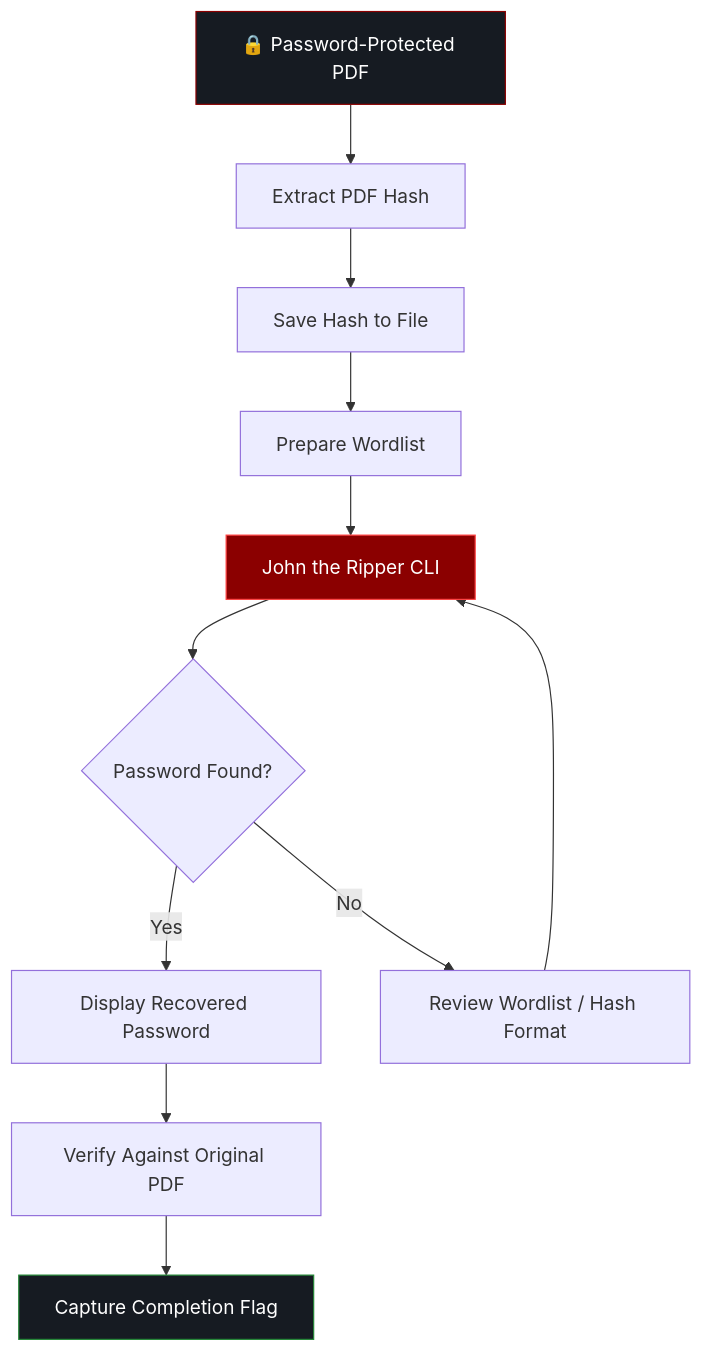
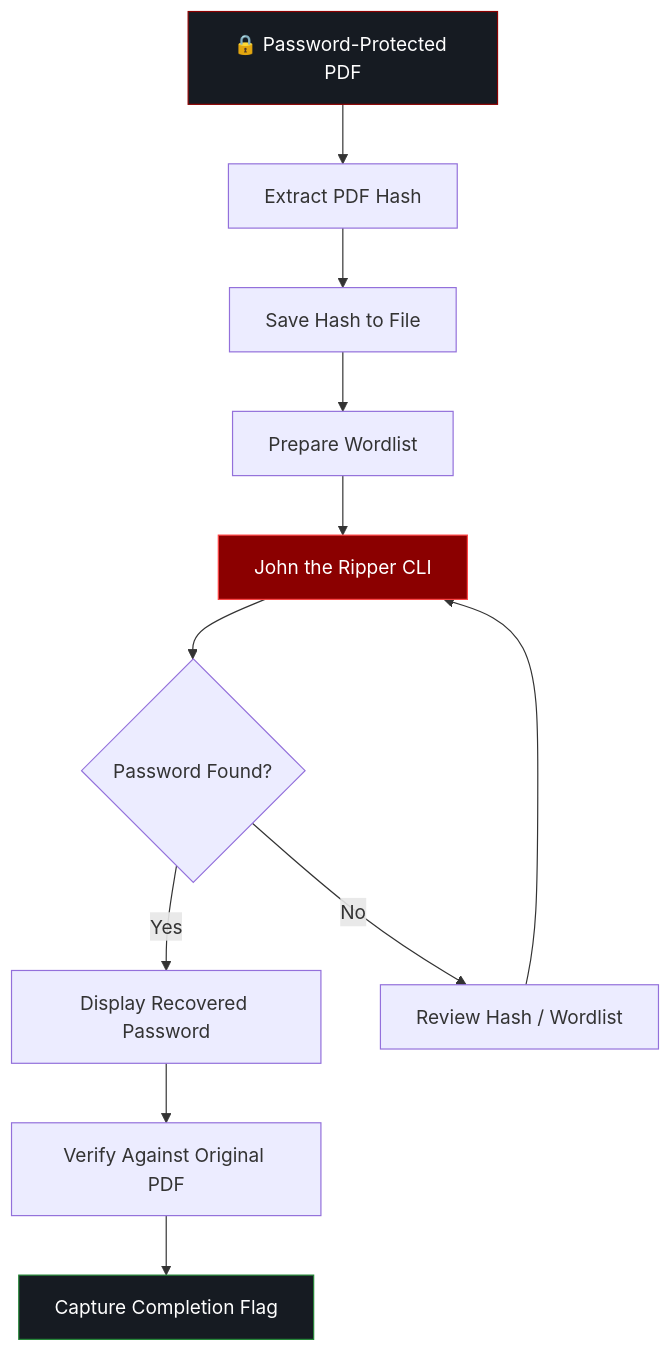
The first of 2 diagrams in README.md (Ayesha-kazi27/week3), drawn with Mermaid before and after one commit. The commit also changed other lines of this file, not shown here.

````diff
--- a/README.md
+++ b/README.md
@@ -78,17 +76,17 @@
 ```mermaid
 flowchart TD
     A["🔒 Password-Protected PDF"] --> B["Extract PDF Hash"]
     B --> C["Save Hash to File"]
     C --> D["Prepare Wordlist"]
     D --> E["John the Ripper CLI"]
     E --> F{"Password Found?"}
     F -->|Yes| G["Display Recovered Password"]
     G --> H["Verify Against Original PDF"]
     H --> I["Capture Completion Flag"]
-    F -->|No| J["Review Wordlist / Hash Format"]
+    F -->|No| J["Review Hash / Wordlist"]
     J --> E
 
     style A fill:#161B22,stroke:#8B0000,color:#FFFFFF
     style E fill:#8B0000,stroke:#FF4444,color:#FFFFFF
     style I fill:#161B22,stroke:#238636,color:#FFFFFF
 ```
````
